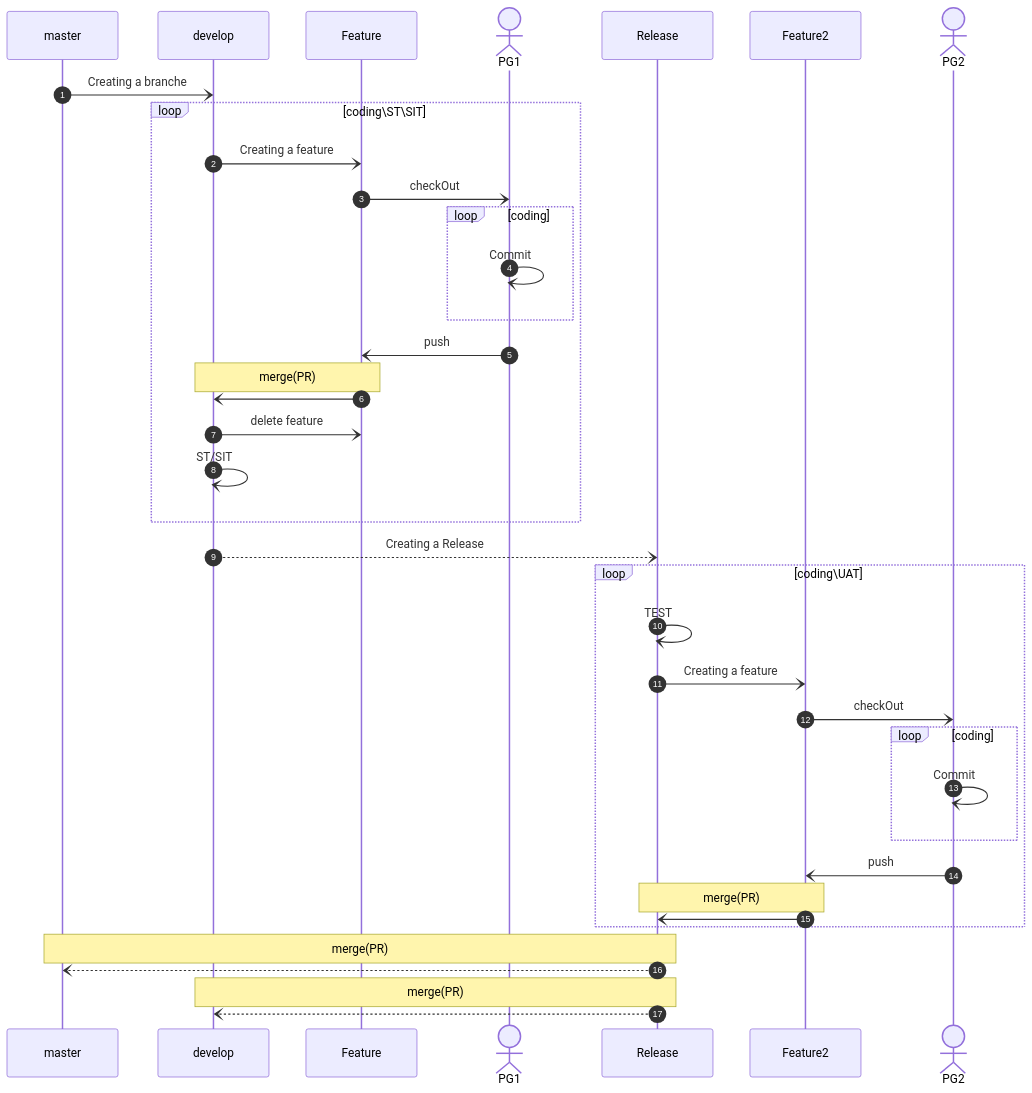
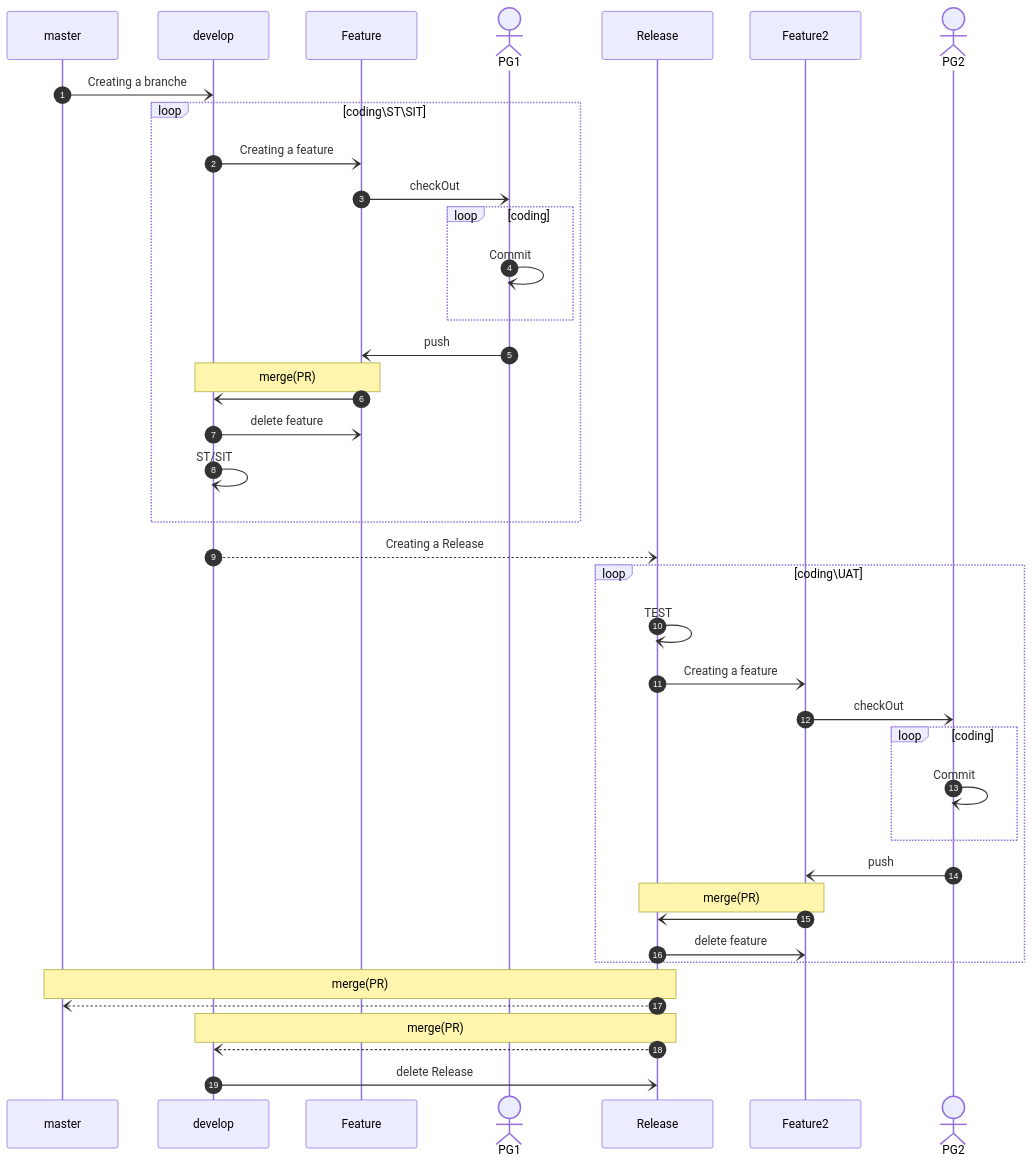
One commit to robbin0919/GITLAB changed the diagram in branching-strategy/A_successful_Git_branching_model2.md. Above: the diagram before and after it, drawn with Mermaid. The commit also changed 1 other file, not shown here.

Commit message:
增加delete Release與  delete feature時機。

````diff
--- a/branching-strategy/A_successful_Git_branching_model2.md
+++ b/branching-strategy/A_successful_Git_branching_model2.md
@@ -2,43 +2,44 @@
 ```mermaid
 
  sequenceDiagram
     autonumber
     participant  master
     participant  develop
     participant  Feature
     actor PG1
     participant  Release
     participant  Feature2
     actor PG2
 
     master -) develop:Creating a branche
     loop coding\ST\SIT
     develop -)Feature: Creating a feature  
     Feature -)PG1: checkOut
     loop coding
     PG1 -)PG1: Commit
     end
     PG1 -) Feature:push 
     Note over develop,Feature:merge(PR)     
     Feature -)develop:  
     develop -)Feature: delete feature  
     develop-)develop: ST/SIT  
     end     
     develop--)Release: Creating a Release
    loop coding\UAT 
     Release -)Release: TEST
     Release -)Feature2: Creating a feature  
     Feature2 -)PG2: checkOut
     loop coding
     PG2 -)PG2: Commit
     end
     PG2 -) Feature2:push 
     Note over Release,Feature2:merge(PR) 
     Feature2 -) Release: 
+    Release -)Feature2: delete feature  
     end
     Note over Release,master:merge(PR) 
     Release --)master: 
     Note over Release,develop:merge(PR) 
     Release --)develop : 
-
+    develop -)Release: delete Release  
 ```
````
